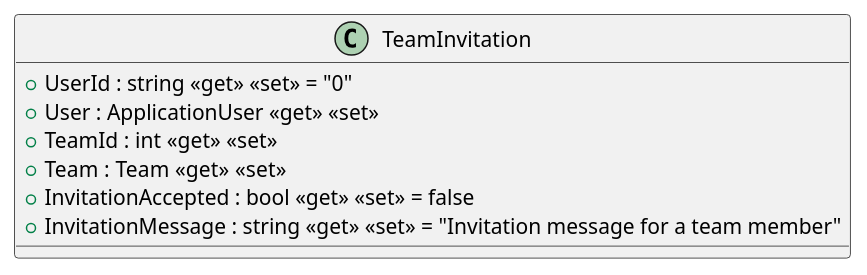
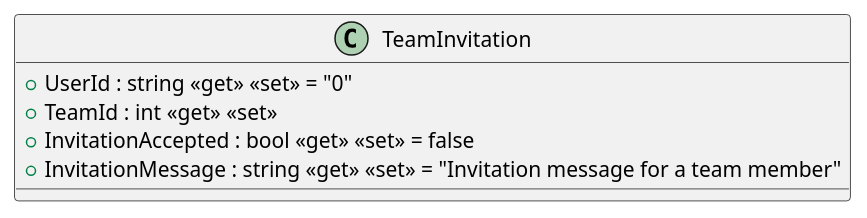
The diagram in src/AppForSEII.API/ClassDiagram/TeamInvitation.puml (SEII2627LosBalicki/ISII2627LosBalicki), drawn with PlantUML before and after one commit. The commit also changed 3 other files, not shown here.

```diff
--- a/src/AppForSEII.API/ClassDiagram/TeamInvitation.puml
+++ b/src/AppForSEII.API/ClassDiagram/TeamInvitation.puml
@@ -1,10 +1,8 @@
 @startuml
 class TeamInvitation {
     + UserId : string <<get>> <<set>> = "0"
-    + User : ApplicationUser <<get>> <<set>>
     + TeamId : int <<get>> <<set>>
-    + Team : Team <<get>> <<set>>
     + InvitationAccepted : bool <<get>> <<set>> = false
     + InvitationMessage : string <<get>> <<set>> = "Invitation message for a team member"
 }
 @enduml
```
